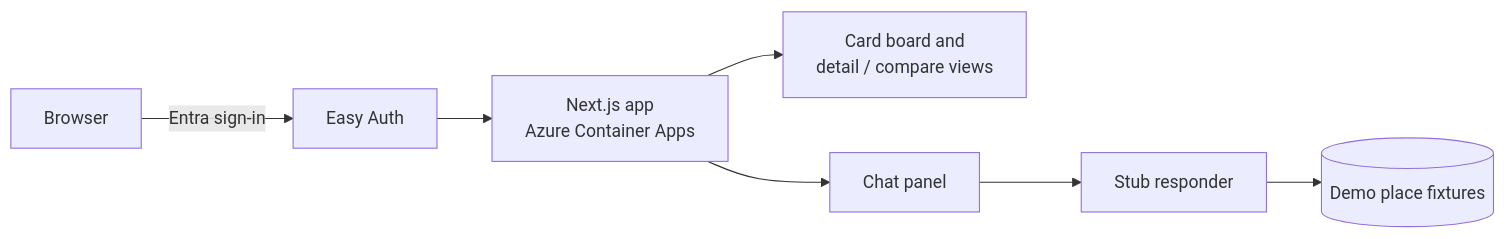
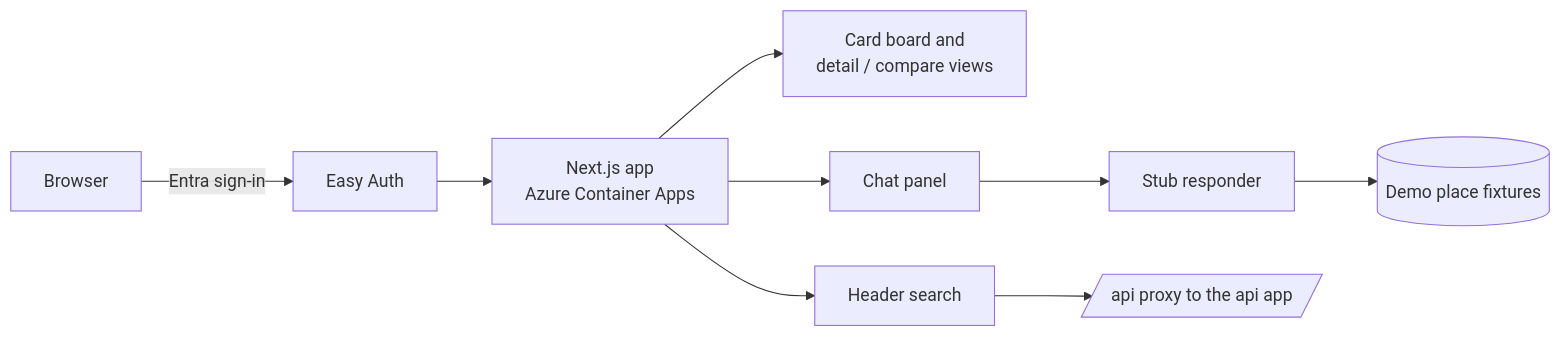
One commit to Fredheda/restaurant-researcher-app changed the diagram in README.md. Above: the diagram before and after it, drawn with Mermaid. The commit also changed other lines of this file and 12 other files, not shown here.

First line of the commit message:
Header search bar against the api (#50)

````diff
--- a/README.md
+++ b/README.md
@@ -20,9 +20,11 @@
 ```mermaid
 flowchart LR
     U[Browser] -->|Entra sign-in| EA[Easy Auth]
     EA --> A[Next.js app<br/>Azure Container Apps]
     A --> B[Card board and<br/>detail / compare views]
     A --> C[Chat panel]
     C --> S[Stub responder]
     S --> F[(Demo place fixtures)]
+    A --> H[Header search]
+    H --> P[/api proxy to the api app/]
 ```
````
